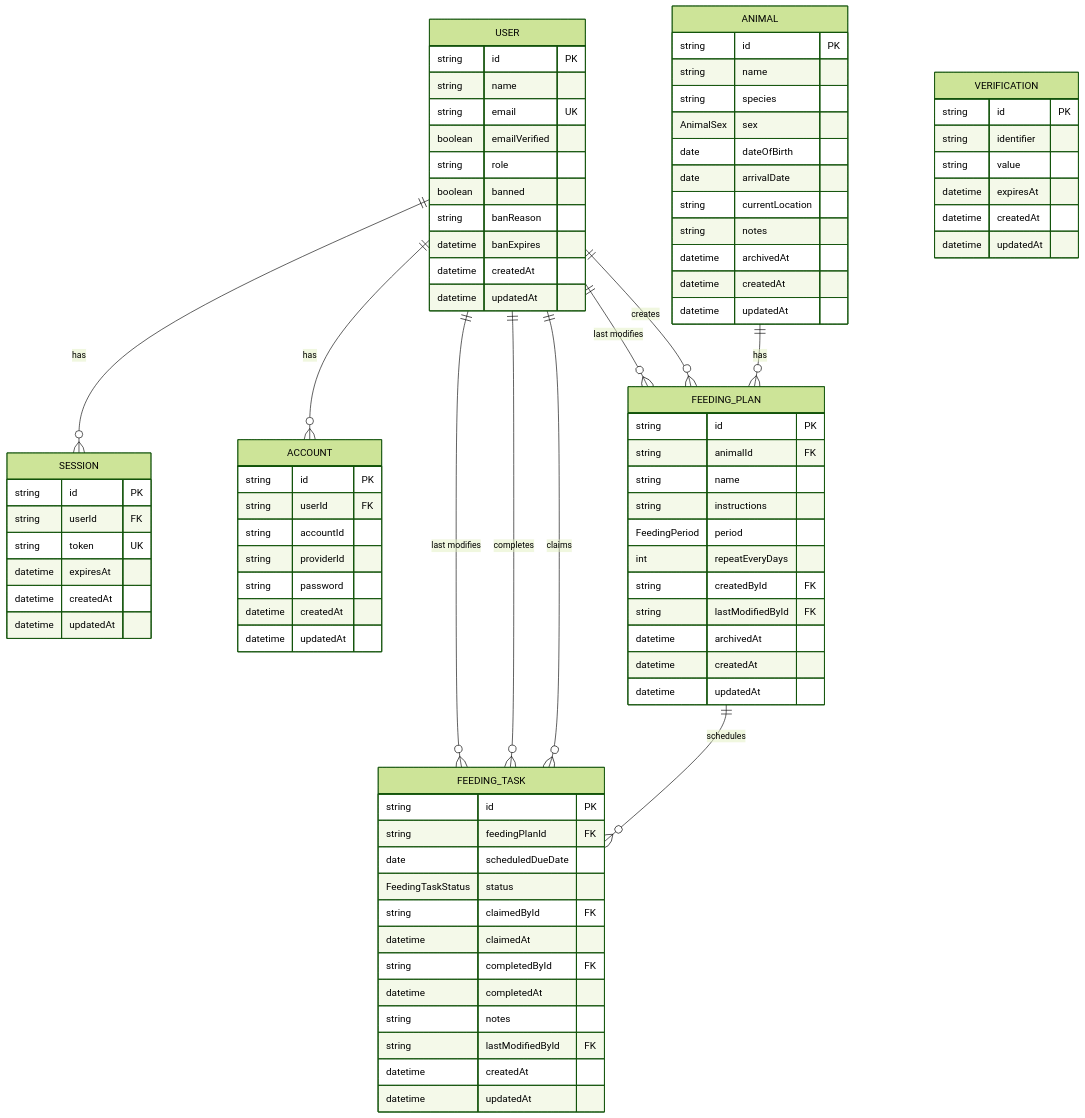
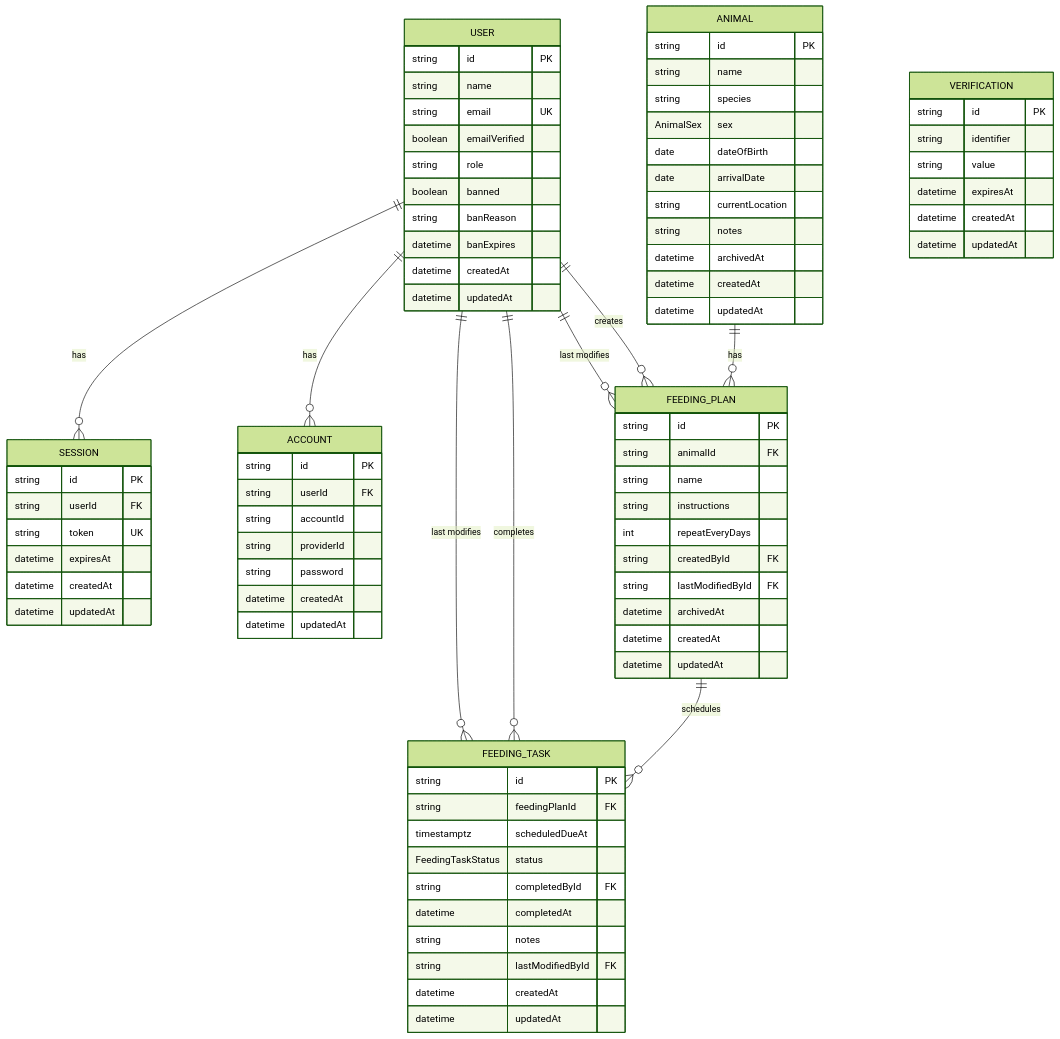
One commit to Dkazarian/zootracker changed the diagram in specs/entity-relationship-model.md. Above: the diagram before and after it, drawn with Mermaid (forest theme). The commit also changed other lines of this file and 53 other files, not shown here.

```diff
--- a/specs/entity-relationship-model.md
+++ b/specs/entity-relationship-model.md
@@ -27,7 +27,6 @@
     USER ||--o{ FEEDING_PLAN : "last modifies"
 
     FEEDING_PLAN ||--o{ FEEDING_TASK : "schedules"
-    USER ||--o{ FEEDING_TASK : "claims"
     USER ||--o{ FEEDING_TASK : "completes"
     USER ||--o{ FEEDING_TASK : "last modifies"
 
@@ -91,7 +90,6 @@
         string animalId FK
         string name
         string instructions
-        FeedingPeriod period
         int repeatEveryDays
         string createdById FK
         string lastModifiedById FK
@@ -103,10 +101,8 @@
     FEEDING_TASK {
         string id PK
         string feedingPlanId FK
-        date scheduledDueDate
+        timestamptz scheduledDueAt
         FeedingTaskStatus status
-        string claimedById FK
-        datetime claimedAt
         string completedById FK
         datetime completedAt
         string notes
```
